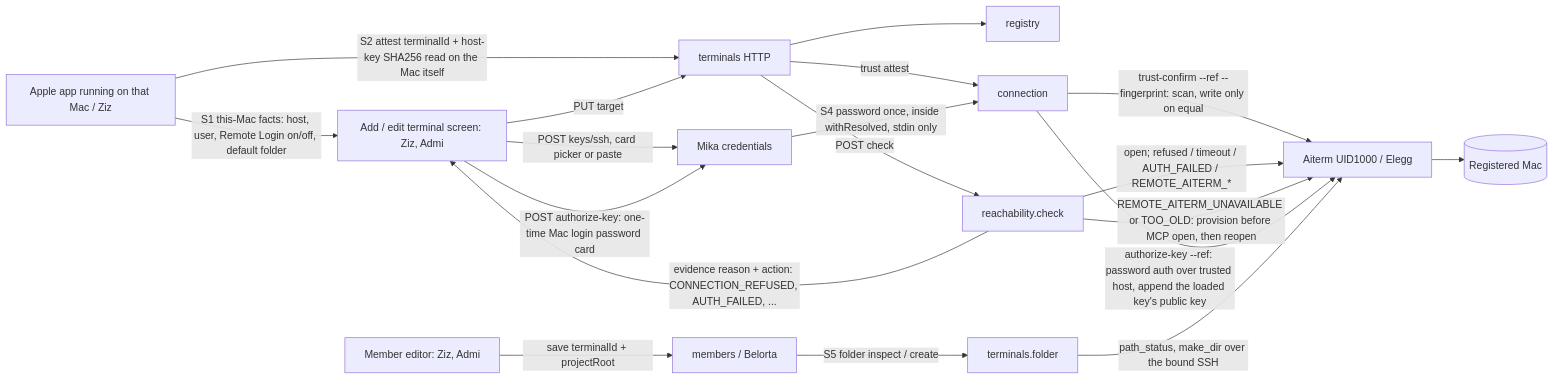
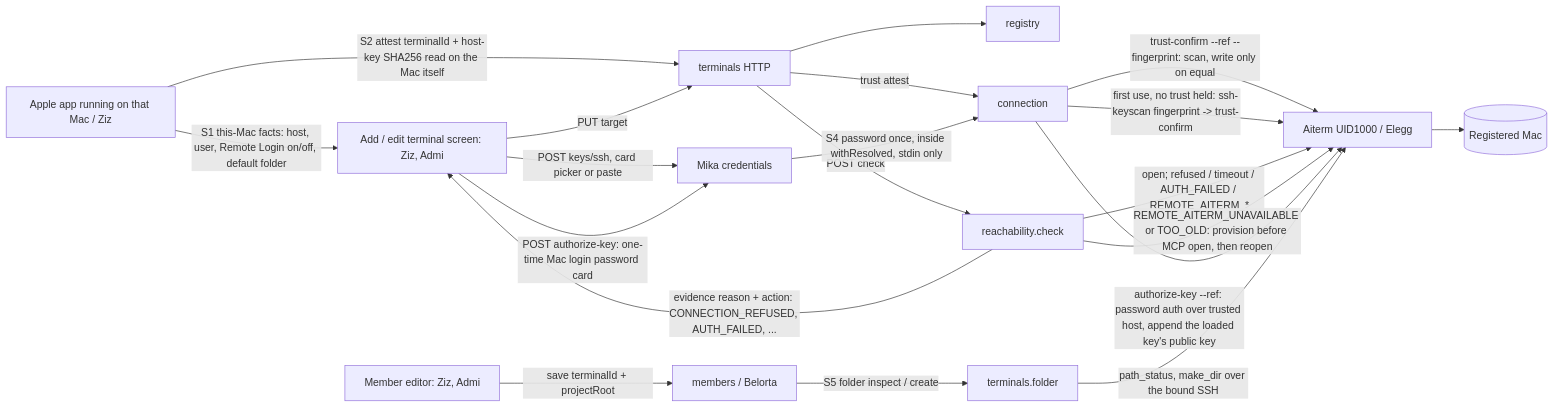
Before and after one commit to kitepon/BellTeam: the seventh of 10 diagrams in docs/architecture/modules/terminals/README.md, drawn with Mermaid. The commit also changed other lines of this file and 5 other files, not shown here.

First line of the commit message:
terminals: trust the first host key like ssh accept-new; stop only on a changed key

````diff
--- a/docs/architecture/modules/terminals/README.md
+++ b/docs/architecture/modules/terminals/README.md
@@ -288,21 +289,22 @@
 ```mermaid
 flowchart LR
   MacApp[Apple app running on that Mac / Ziz] -->|S1 this-Mac facts: host, user, Remote Login on/off, default folder| Form[Add / edit terminal screen: Ziz, Admi]
   MacApp -->|S2 attest terminalId + host-key SHA256 read on the Mac itself| H[terminals HTTP]
   Form -->|PUT target| H
   H --> Reg[registry]
   H -->|trust attest| Conn[connection]
   Conn -->|trust-confirm --ref --fingerprint: scan, write only on equal| A[Aiterm UID1000 / Elegg]
+  Conn -->|first use, no trust held: ssh-keyscan fingerprint -> trust-confirm| A
   Form -->|POST keys/ssh, card picker or paste| Mika[Mika credentials]
   H -->|POST check| Chk[reachability.check]
   Chk -->|open; refused / timeout / AUTH_FAILED / REMOTE_AITERM_*| A
   Chk -->|REMOTE_AITERM_UNAVAILABLE or TOO_OLD: provision before MCP open, then reopen| A
   Chk -->|evidence reason + action: CONNECTION_REFUSED, AUTH_FAILED, ...| Form
   Form -->|POST authorize-key: one-time Mac login password card| Mika
   Mika -->|S4 password once, inside withResolved, stdin only| Conn
   Conn -->|authorize-key --ref: password auth over trusted host, append the loaded key's public key| A
   Editor[Member editor: Ziz, Admi] -->|save terminalId + projectRoot| Mem[members / Belorta]
   Mem -->|S5 folder inspect / create| Fold[terminals.folder]
   Fold -->|path_status, make_dir over the bound SSH| A
   A --> Mac[(Registered Mac)]
 ```
````
